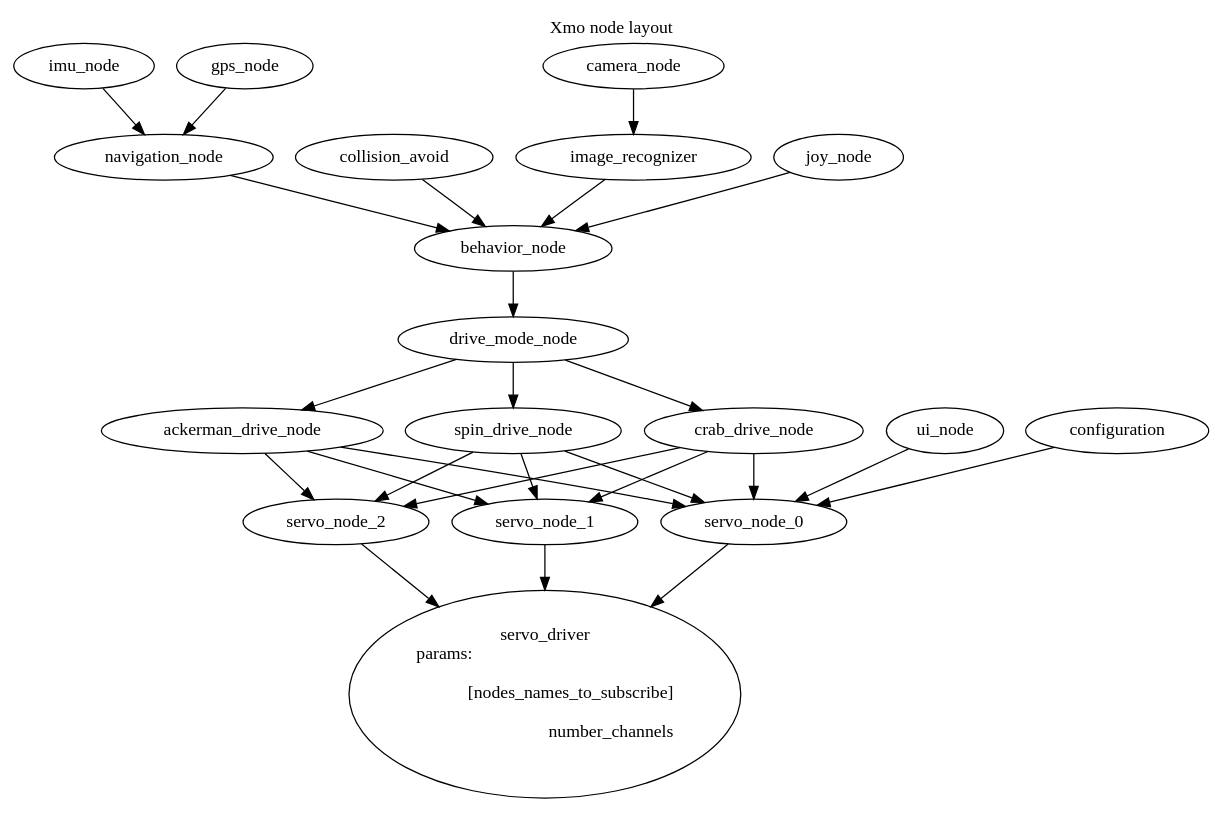
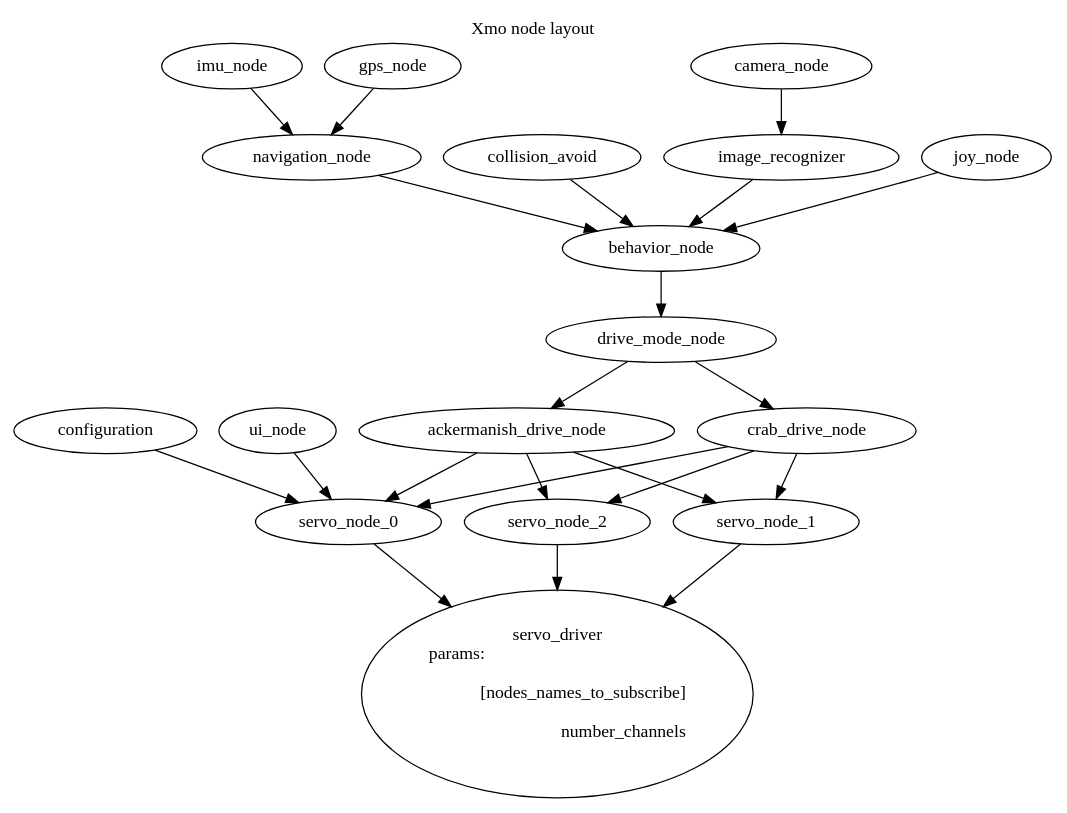
The diagram in docs/node-layout.dot (pulcher/Xmo), drawn with Graphviz before and after one commit. The commit also changed 3 other files, not shown here.

```diff
--- a/docs/node-layout.dot
+++ b/docs/node-layout.dot
@@ -1,42 +1,37 @@
 digraph xmo {
     labelloc="t"
     label="Xmo node layout";
 
     gps_node -> navigation_node
     imu_node -> navigation_node
     navigation_node -> behavior_node
 
     collision_avoid -> behavior_node
     
     camera_node -> image_recognizer
 
     image_recognizer -> behavior_node
 
     joy_node -> behavior_node
 
     behavior_node -> drive_mode_node
 
-    drive_mode_node -> ackerman_drive_node
-    drive_mode_node -> spin_drive_node
+    drive_mode_node -> ackermanish_drive_node
     drive_mode_node -> crab_drive_node
 
-    ackerman_drive_node -> servo_node_0
-    ackerman_drive_node -> servo_node_1
-    ackerman_drive_node -> servo_node_2
-
-    spin_drive_node -> servo_node_0
-    spin_drive_node -> servo_node_1
-    spin_drive_node -> servo_node_2
+    ackermanish_drive_node -> servo_node_0
+    ackermanish_drive_node -> servo_node_1
+    ackermanish_drive_node -> servo_node_2
 
     crab_drive_node -> servo_node_0
     crab_drive_node -> servo_node_1
     crab_drive_node -> servo_node_2
 
     servo_driver[label="servo_driver\nparams:\l\n[nodes_names_to_subscribe]\r\nnumber_channels\r\n"]
     servo_node_0 -> servo_driver
     servo_node_1 -> servo_driver
     servo_node_2 -> servo_driver
 
     configuration -> servo_node_0
     ui_node -> servo_node_0
 }
```
